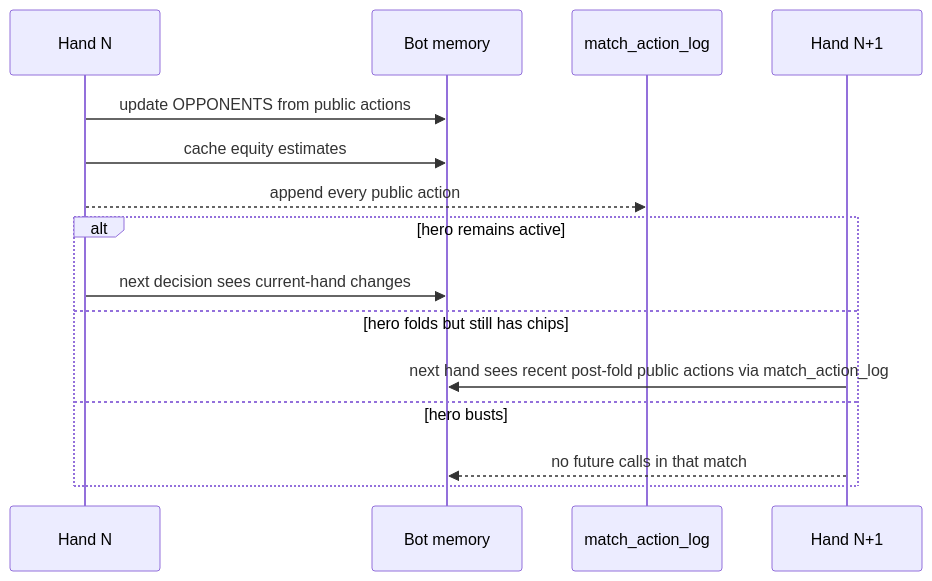
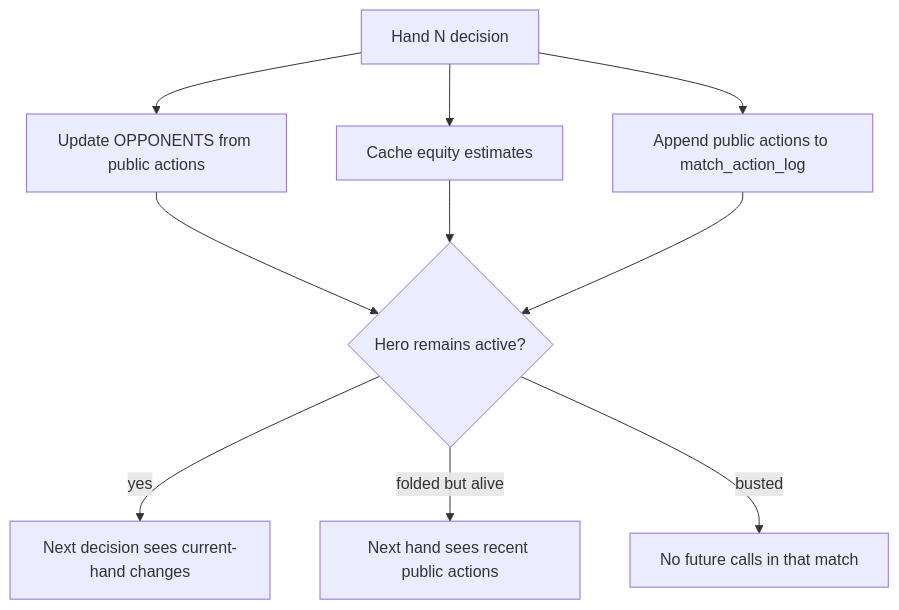
One commit to kosunghun317/fullhouse-engine changed the second of 2 diagrams in docs/bot-state-and-memory.md. Above: the diagram before and after it, drawn with Mermaid. The commit also changed other lines of this file and 13 other files, not shown here.

Commit message:
docs: normalize mermaid diagrams

````diff
--- a/docs/bot-state-and-memory.md
+++ b/docs/bot-state-and-memory.md
@@ -114,18 +114,12 @@
 ```mermaid
-sequenceDiagram
-    participant H as Hand N
-    participant B as Bot memory
-    participant L as match_action_log
-    participant N as Hand N+1
-
-    H->>B: update OPPONENTS from public actions
-    H->>B: cache equity estimates
-    H-->>L: append every public action
-    alt hero remains active
-        H->>B: next decision sees current-hand changes
-    else hero folds but still has chips
-        N->>B: next hand sees recent post-fold public actions via match_action_log
-    else hero busts
-        N-->>B: no future calls in that match
-    end
+graph TD
+    HandN["Hand N decision"] --> UpdateOpp["Update OPPONENTS from public actions"]
+    HandN --> CacheEquity["Cache equity estimates"]
+    HandN --> MatchLog["Append public actions to match_action_log"]
+    UpdateOpp --> Remain{"Hero remains active?"}
+    CacheEquity --> Remain
+    MatchLog --> Remain
+    Remain -->|yes| SameHand["Next decision sees current-hand changes"]
+    Remain -->|folded but alive| NextHand["Next hand sees recent public actions"]
+    Remain -->|busted| StopCalls["No future calls in that match"]
 ```
````
